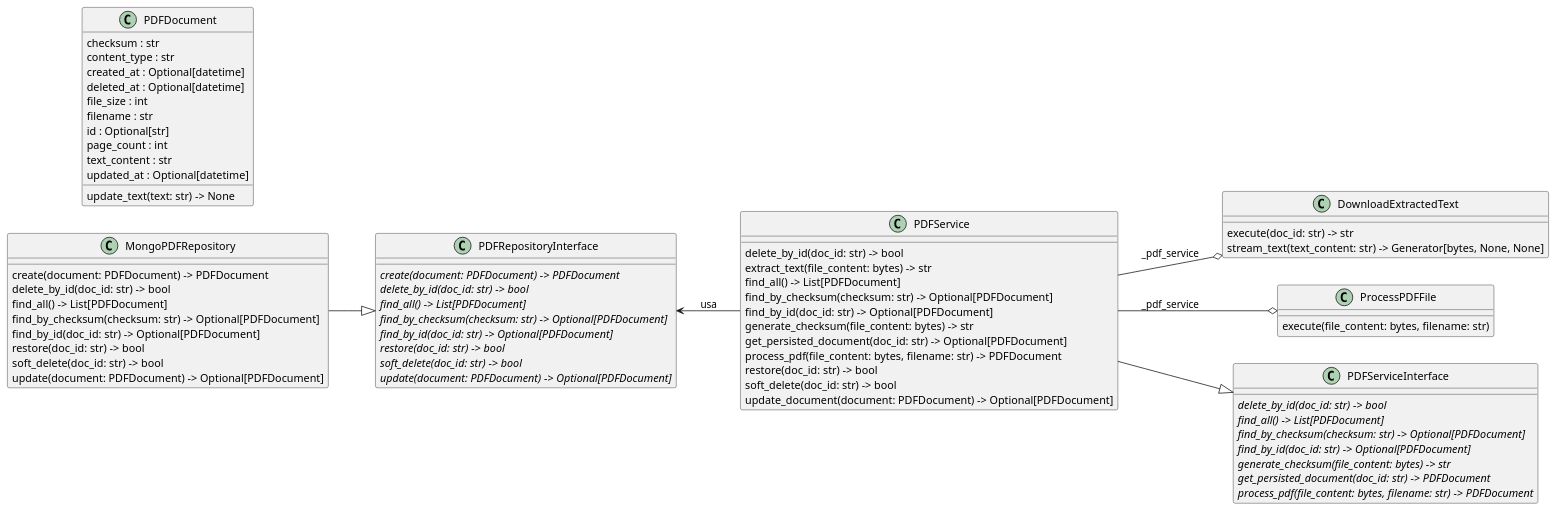
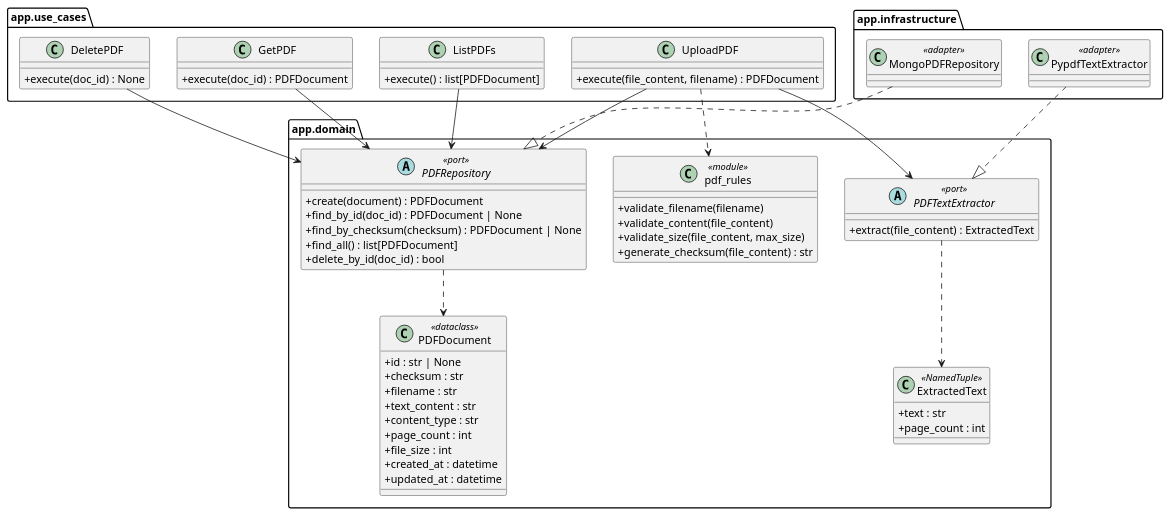
One commit to Zindorg/pdf-extractext changed the diagram in documents/classes_pdf-extractext.puml. Above: the diagram before and after it, drawn with PlantUML. The commit also changed 3 other files, not shown here.

Commit message:
docs(readme): align docs and diagrams with the architecture

```diff
--- a/documents/classes_pdf-extractext.puml
+++ b/documents/classes_pdf-extractext.puml
@@ -1,83 +1,71 @@
 @startuml classes_pdf-extractext
 set namespaceSeparator none
-left to right direction
+skinparam classAttributeIconSize 0
 
-' --- CAPA 1: CASOS DE USO / RUTAS ---
-class "DownloadExtractedText" as app.use_cases.download_text.DownloadExtractedText {
-  execute(doc_id: str) -> str
-  stream_text(text_content: str) -> Generator[bytes, None, None]
-}
-class "ProcessPDFFile" as app.use_cases.process_pdf.ProcessPDFFile {
-  execute(file_content: bytes, filename: str)
+package "app.domain" {
+  class PDFDocument <<dataclass>> {
+    + id : str | None
+    + checksum : str
+    + filename : str
+    + text_content : str
+    + content_type : str
+    + page_count : int
+    + file_size : int
+    + created_at : datetime
+    + updated_at : datetime
+  }
+  class ExtractedText <<NamedTuple>> {
+    + text : str
+    + page_count : int
+  }
+  abstract class PDFRepository <<port>> {
+    + create(document) : PDFDocument
+    + find_by_id(doc_id) : PDFDocument | None
+    + find_by_checksum(checksum) : PDFDocument | None
+    + find_all() : list[PDFDocument]
+    + delete_by_id(doc_id) : bool
+  }
+  abstract class PDFTextExtractor <<port>> {
+    + extract(file_content) : ExtractedText
+  }
+  class pdf_rules <<module>> {
+    + validate_filename(filename)
+    + validate_content(file_content)
+    + validate_size(file_content, max_size)
+    + generate_checksum(file_content) : str
+  }
 }
 
-' --- CAPA 2: LÓGICA DE NEGOCIO (SERVICIOS) ---
-class "PDFServiceInterface" as app.services.interfaces.pdf_service_interface.PDFServiceInterface {
-  {abstract}delete_by_id(doc_id: str) -> bool
-  {abstract}find_all() -> List[PDFDocument]
-  {abstract}find_by_checksum(checksum: str) -> Optional[PDFDocument]
-  {abstract}find_by_id(doc_id: str) -> Optional[PDFDocument]
-  {abstract}generate_checksum(file_content: bytes) -> str
-  {abstract}get_persisted_document(doc_id: str) -> PDFDocument
-  {abstract}process_pdf(file_content: bytes, filename: str) -> PDFDocument
-}
-class "PDFService" as app.services.pdf_service.PDFService {
-  delete_by_id(doc_id: str) -> bool
-  extract_text(file_content: bytes) -> str
-  find_all() -> List[PDFDocument]
-  find_by_checksum(checksum: str) -> Optional[PDFDocument]
-  find_by_id(doc_id: str) -> Optional[PDFDocument]
-  generate_checksum(file_content: bytes) -> str
-  get_persisted_document(doc_id: str) -> Optional[PDFDocument]
-  process_pdf(file_content: bytes, filename: str) -> PDFDocument
-  restore(doc_id: str) -> bool
-  soft_delete(doc_id: str) -> bool
-  update_document(document: PDFDocument) -> Optional[PDFDocument]
+package "app.use_cases" {
+  class UploadPDF {
+    + execute(file_content, filename) : PDFDocument
+  }
+  class ListPDFs {
+    + execute() : list[PDFDocument]
+  }
+  class GetPDF {
+    + execute(doc_id) : PDFDocument
+  }
+  class DeletePDF {
+    + execute(doc_id) : None
+  }
 }
 
-' --- CAPA 3: ACCESO A DATOS (REPOSITORIOS) ---
-class "PDFRepositoryInterface" as app.repositories.interfaces.pdf_repository_interface.PDFRepositoryInterface {
-  {abstract}create(document: PDFDocument) -> PDFDocument
-  {abstract}delete_by_id(doc_id: str) -> bool
-  {abstract}find_all() -> List[PDFDocument]
-  {abstract}find_by_checksum(checksum: str) -> Optional[PDFDocument]
-  {abstract}find_by_id(doc_id: str) -> Optional[PDFDocument]
-  {abstract}restore(doc_id: str) -> bool
-  {abstract}soft_delete(doc_id: str) -> bool
-  {abstract}update(document: PDFDocument) -> Optional[PDFDocument]
-}
-class "MongoPDFRepository" as app.repositories.mongo_pdf_repository.MongoPDFRepository {
-  create(document: PDFDocument) -> PDFDocument
-  delete_by_id(doc_id: str) -> bool
-  find_all() -> List[PDFDocument]
-  find_by_checksum(checksum: str) -> Optional[PDFDocument]
-  find_by_id(doc_id: str) -> Optional[PDFDocument]
-  restore(doc_id: str) -> bool
-  soft_delete(doc_id: str) -> bool
-  update(document: PDFDocument) -> Optional[PDFDocument]
+package "app.infrastructure" {
+  class MongoPDFRepository <<adapter>>
+  class PypdfTextExtractor <<adapter>>
 }
 
-' --- ENTIDAD PRINCIPAL ---
-class "PDFDocument" as app.models.pdf_document.PDFDocument {
-  checksum : str
-  content_type : str
-  created_at : Optional[datetime]
-  deleted_at : Optional[datetime]
-  file_size : int
-  filename : str
-  id : Optional[str]
-  page_count : int
-  text_content : str
-  updated_at : Optional[datetime]
-  update_text(text: str) -> None
-}
+UploadPDF --> PDFRepository
+UploadPDF --> PDFTextExtractor
+UploadPDF ..> pdf_rules
+ListPDFs --> PDFRepository
+GetPDF --> PDFRepository
+DeletePDF --> PDFRepository
+PDFRepository ..> PDFDocument
+PDFTextExtractor ..> ExtractedText
 
-' --- RELACIONES ---
-app.repositories.mongo_pdf_repository.MongoPDFRepository --|> app.repositories.interfaces.pdf_repository_interface.PDFRepositoryInterface
-app.services.pdf_service.PDFService --|> app.services.interfaces.pdf_service_interface.PDFServiceInterface
+MongoPDFRepository ..|> PDFRepository
+PypdfTextExtractor ..|> PDFTextExtractor
 
-app.services.pdf_service.PDFService --o app.use_cases.download_text.DownloadExtractedText : _pdf_service
-app.services.pdf_service.PDFService --o app.use_cases.process_pdf.ProcessPDFFile : _pdf_service
-
-app.repositories.interfaces.pdf_repository_interface.PDFRepositoryInterface <-- app.services.pdf_service.PDFService : usa
 @enduml
```
